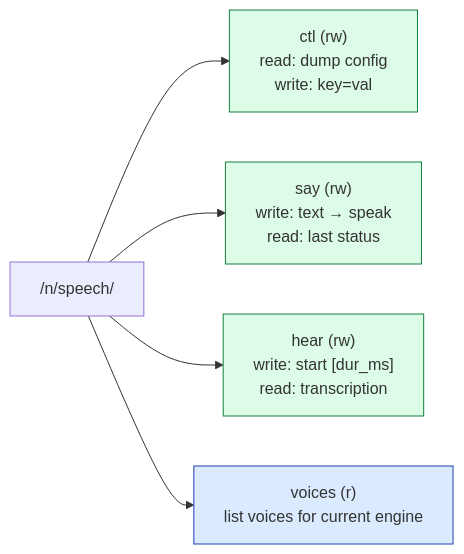
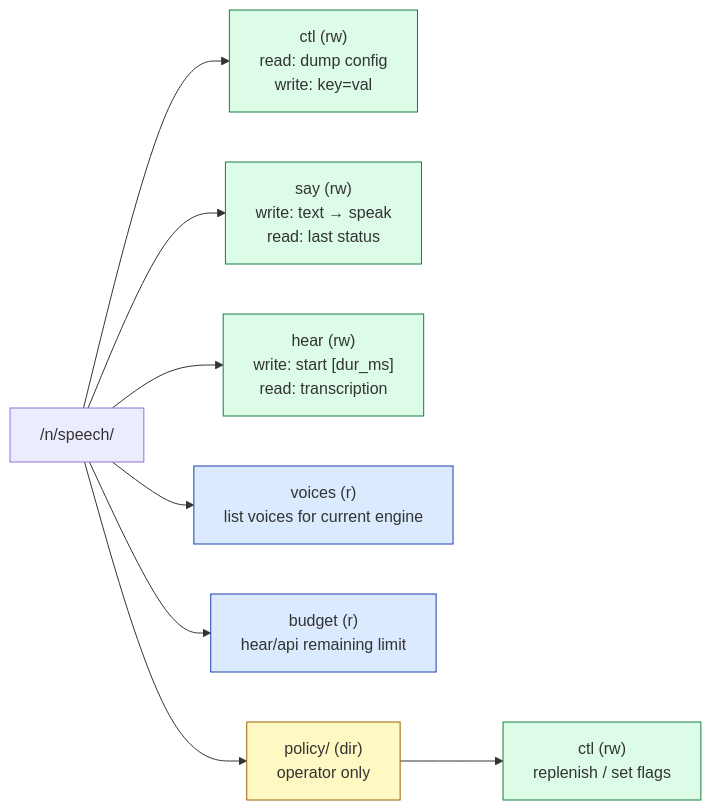
Before and after one commit to Ticed/infernode-os: the second of 16 diagrams in docs/SPEECH-ARCHITECTURE.md, drawn with Mermaid. The commit also changed other lines of this file and 14 other files, not shown here.

First line of the commit message:
fix(speech): bound hear and API spend with a namespace budget

````diff
--- a/docs/SPEECH-ARCHITECTURE.md
+++ b/docs/SPEECH-ARCHITECTURE.md
@@ -65,12 +65,17 @@
 ```mermaid
 flowchart LR
     root["/n/speech/"] --> ctl["ctl (rw)<br/>read: dump config<br/>write: key=val"]
     root --> say["say (rw)<br/>write: text → speak<br/>read: last status"]
     root --> hear["hear (rw)<br/>write: start [dur_ms]<br/>read: transcription"]
     root --> voices["voices (r)<br/>list voices for current engine"]
+    root --> budget["budget (r)<br/>hear/api remaining limit"]
+    root --> policy["policy/ (dir)<br/>operator only"]
+    policy --> pctl["ctl (rw)<br/>replenish / set flags"]
 
     classDef rw fill:#dcfce7,stroke:#15803d
     classDef ro fill:#dbeafe,stroke:#1e40af
-    class ctl,say,hear rw
-    class voices ro
+    classDef priv fill:#fef9c3,stroke:#a16207
+    class ctl,say,hear,pctl rw
+    class voices,budget ro
+    class policy priv
 ```
````
